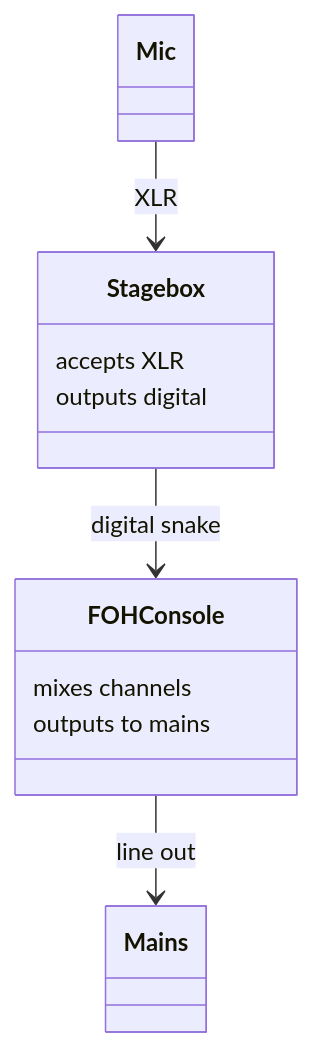
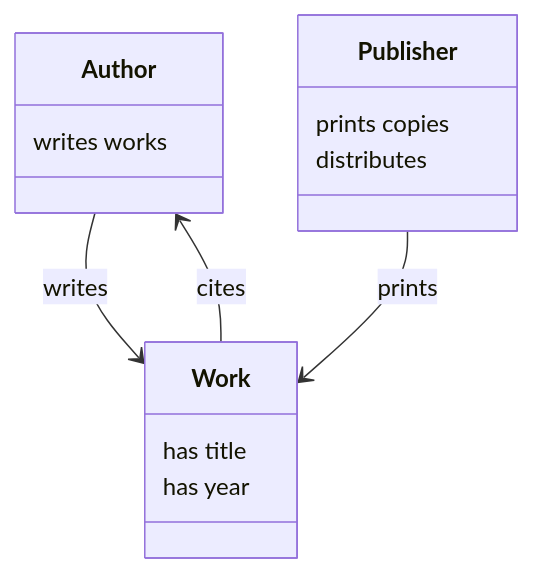
One commit to backstageessentials/backstage-essentials-toolkit changed the eighth of 8 diagrams in skills/diagram-builder/mermaid-syntax-reference.md. Above: the diagram before and after it, drawn with Mermaid. The commit also changed other lines of this file and 16 other files, not shown here.

````diff
--- a/skills/diagram-builder/mermaid-syntax-reference.md
+++ b/skills/diagram-builder/mermaid-syntax-reference.md
@@ -163,16 +163,17 @@
 ```mermaid
 classDiagram
-    class Mic
-    class Stagebox {
-        accepts XLR
-        outputs digital
+    class Author {
+        writes works
     }
-    class FOHConsole {
-        mixes channels
-        outputs to mains
+    class Work {
+        has title
+        has year
     }
-    class Mains
-    Mic --> Stagebox: XLR
-    Stagebox --> FOHConsole: digital snake
-    FOHConsole --> Mains: line out
+    class Publisher {
+        prints copies
+        distributes
+    }
+    Author --> Work: writes
+    Publisher --> Work: prints
+    Work --> Author: cites
 ```
````
